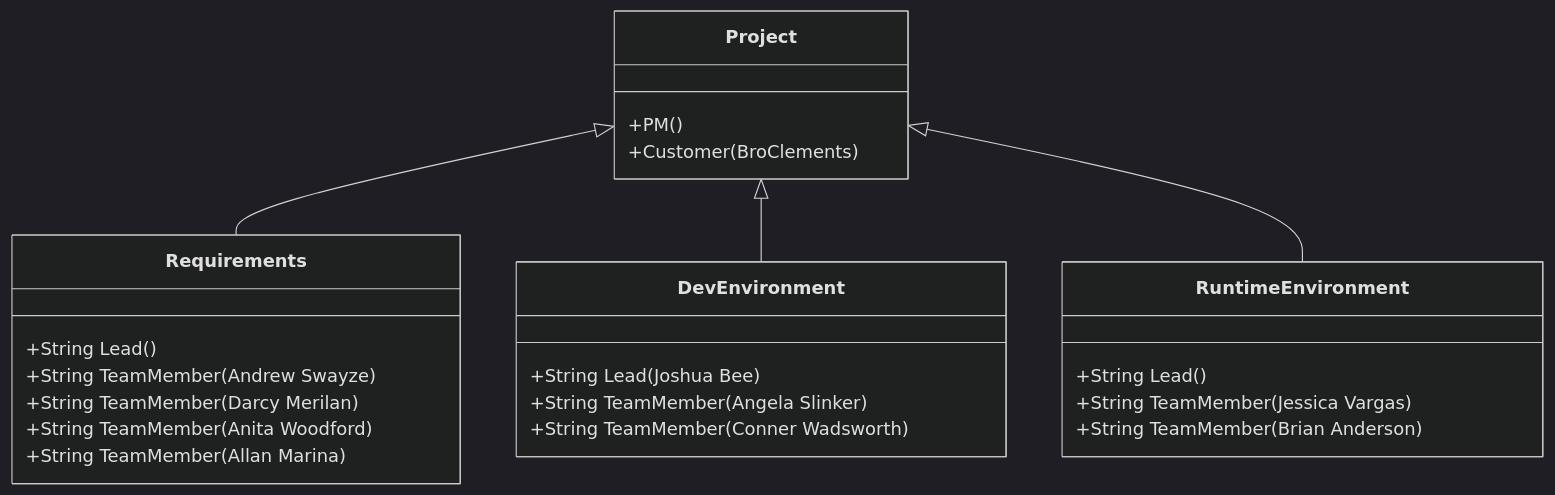
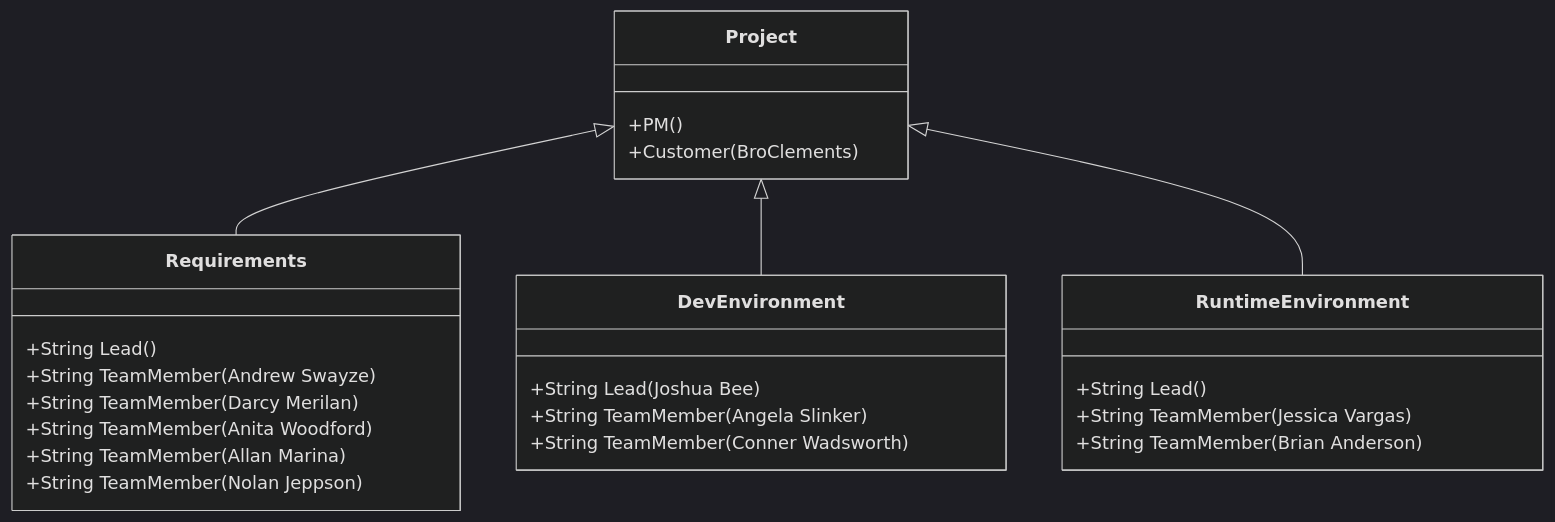
One commit to byui-cse397/2024WinCSE490PCP changed the first of 2 diagrams in ProjectManagement/OrganizationChart/OrganizationChart.md. Above: the diagram before and after it, drawn with Mermaid (dark theme). The commit also changed other lines of this file, not shown here.

````diff
--- a/ProjectManagement/OrganizationChart/OrganizationChart.md
+++ b/ProjectManagement/OrganizationChart/OrganizationChart.md
@@ -2,25 +2,26 @@
 ```mermaid
 classDiagram
       Project <|-- Requirements
       Project <|-- DevEnvironment
       Project <|-- RuntimeEnvironment
       Project : +PM()
       Project : +Customer(BroClements)
       class Requirements{
           +String Lead()
           +String TeamMember(Andrew Swayze)
           +String TeamMember(Darcy Merilan)
           +String TeamMember(Anita Woodford)
           +String TeamMember(Allan Marina)
+          +String TeamMember(Nolan Jeppson)
       }
       class DevEnvironment{
           +String Lead(Joshua Bee)
           +String TeamMember(Angela Slinker)
           +String TeamMember(Conner Wadsworth)
       }
       class RuntimeEnvironment{
           +String Lead()
           +String TeamMember(Jessica Vargas)
           +String TeamMember(Brian Anderson)
       }
 ```
````
